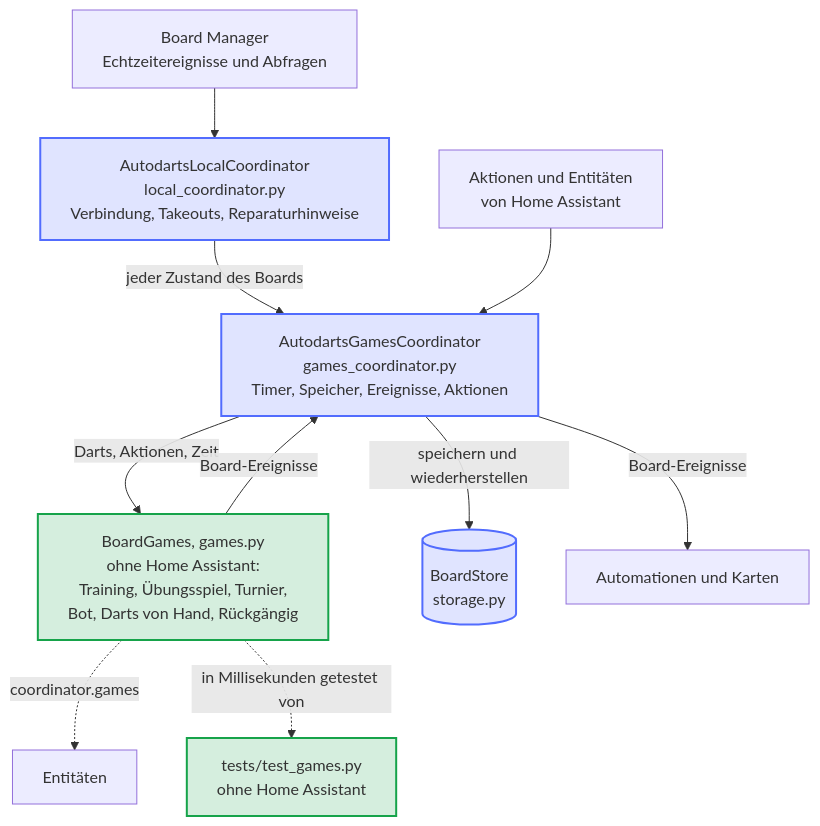
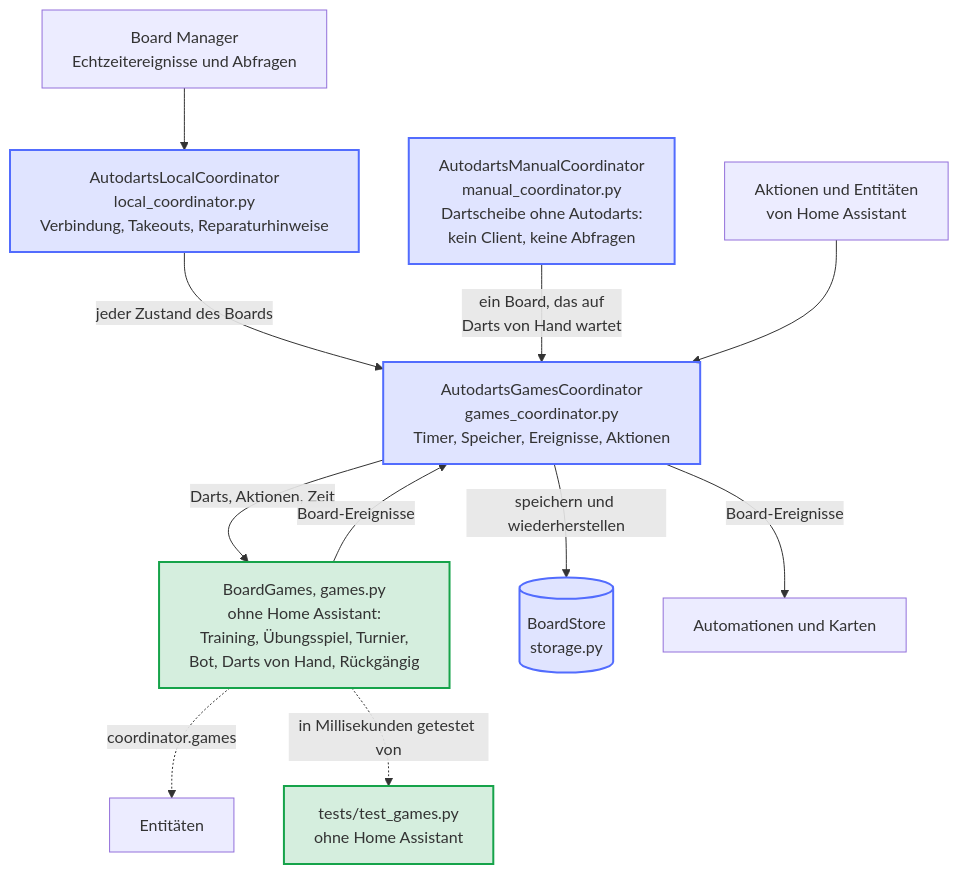
Before and after one commit to Dennis-Otto/ha-autodarts: the diagram in docs/diagrams/board-games.de.mmd, drawn with Mermaid. The commit also changed 41 other files, not shown here.

First line of the commit message:
refactor: the dartboard without Autodarts as a sibling coordinator without transport (#356)

```diff
--- a/docs/diagrams/board-games.de.mmd
+++ b/docs/diagrams/board-games.de.mmd
@@ -1,23 +1,24 @@
 ---
 config:
   flowchart:
     wrappingWidth: 400
 ---
 flowchart TB
   accTitle: Das Board und seine Spiele
-  accDescr: Der Board Manager sendet Echtzeitereignisse und beantwortet Abfragen. AutodartsLocalCoordinator in local_coordinator.py folgt dem Board, befreit hängende Takeouts, meldet die Reparaturhinweise des Boards und gibt jeden Zustand des Boards an den Spiele-Koordinator, den er erweitert: AutodartsGamesCoordinator in games_coordinator.py, den auch die Aktionen und Entitäten von Home Assistant nutzen. Er spielt BoardGames in games.py, das nichts von Home Assistant weiß: Training, Übungsspiel, Turnier, Bot und von Hand eingegebene Darts folgen den Darts, buchen die Aufnahmen und geben die Board-Ereignisse zurück. Der Spiele-Koordinator meldet sie an Automationen und Karten, speichert die Spiele mit BoardStore in storage.py und führt die Timer der Spiele. Entitäten lesen die Spiele über coordinator.games, und tests/test_games.py testet BoardGames ohne Home Assistant.
+  accDescr: Der Board Manager sendet Echtzeitereignisse und beantwortet Abfragen. AutodartsLocalCoordinator in local_coordinator.py folgt dem Board, befreit hängende Takeouts, meldet die Reparaturhinweise des Boards und gibt jeden Zustand des Boards an den Spiele-Koordinator, den er erweitert: AutodartsGamesCoordinator in games_coordinator.py, den auch die Aktionen und Entitäten von Home Assistant nutzen. Er spielt BoardGames in games.py, das nichts von Home Assistant weiß: Training, Übungsspiel, Turnier, Bot und von Hand eingegebene Darts folgen den Darts, buchen die Aufnahmen und geben die Board-Ereignisse zurück. Der Spiele-Koordinator meldet sie an Automationen und Karten, speichert die Spiele mit BoardStore in storage.py und führt die Timer der Spiele. AutodartsManualCoordinator in manual_coordinator.py erweitert ihn ebenfalls, neben dem lokalen Koordinator, für eine Dartscheibe ohne Autodarts: Er hat keinen Client und keine Abfragen, und sein Board wartet auf von Hand eingegebene Darts. Entitäten lesen die Spiele über coordinator.games, und tests/test_games.py testet BoardGames ohne Home Assistant.
 
   BM["Board Manager<br/>Echtzeitereignisse und Abfragen"] --> LC["AutodartsLocalCoordinator<br/>local_coordinator.py<br/>Verbindung, Takeouts, Reparaturhinweise"]
   LC -- "jeder Zustand des Boards" --> GC["AutodartsGamesCoordinator<br/>games_coordinator.py<br/>Timer, Speicher, Ereignisse, Aktionen"]
+  MC["AutodartsManualCoordinator<br/>manual_coordinator.py<br/>Dartscheibe ohne Autodarts:<br/>kein Client, keine Abfragen"] -- "ein Board, das auf<br/>Darts von Hand wartet" --> GC
   ACT["Aktionen und Entitäten<br/>von Home Assistant"] --> GC
   GC -- "Darts, Aktionen, Zeit" --> BG["BoardGames, games.py<br/>ohne Home Assistant:<br/>Training, Übungsspiel, Turnier,<br/>Bot, Darts von Hand, Rückgängig"]
   BG -- "Board-Ereignisse" --> GC
   GC -- "speichern und wiederherstellen" --> ST[("BoardStore<br/>storage.py")]
   GC -- "Board-Ereignisse" --> AUT["Automationen und Karten"]
   BG -. "coordinator.games" .-> ENT["Entitäten"]
   BG -. "in Millisekunden getestet von" .-> TEST["tests/test_games.py<br/>ohne Home Assistant"]
 
   classDef bot fill:#526cfe2e,stroke:#526cfe,stroke-width:2px
   classDef done fill:#16a34a2e,stroke:#16a34a,stroke-width:2px
-  class LC,GC,ST bot
+  class LC,MC,GC,ST bot
   class BG,TEST done
```
